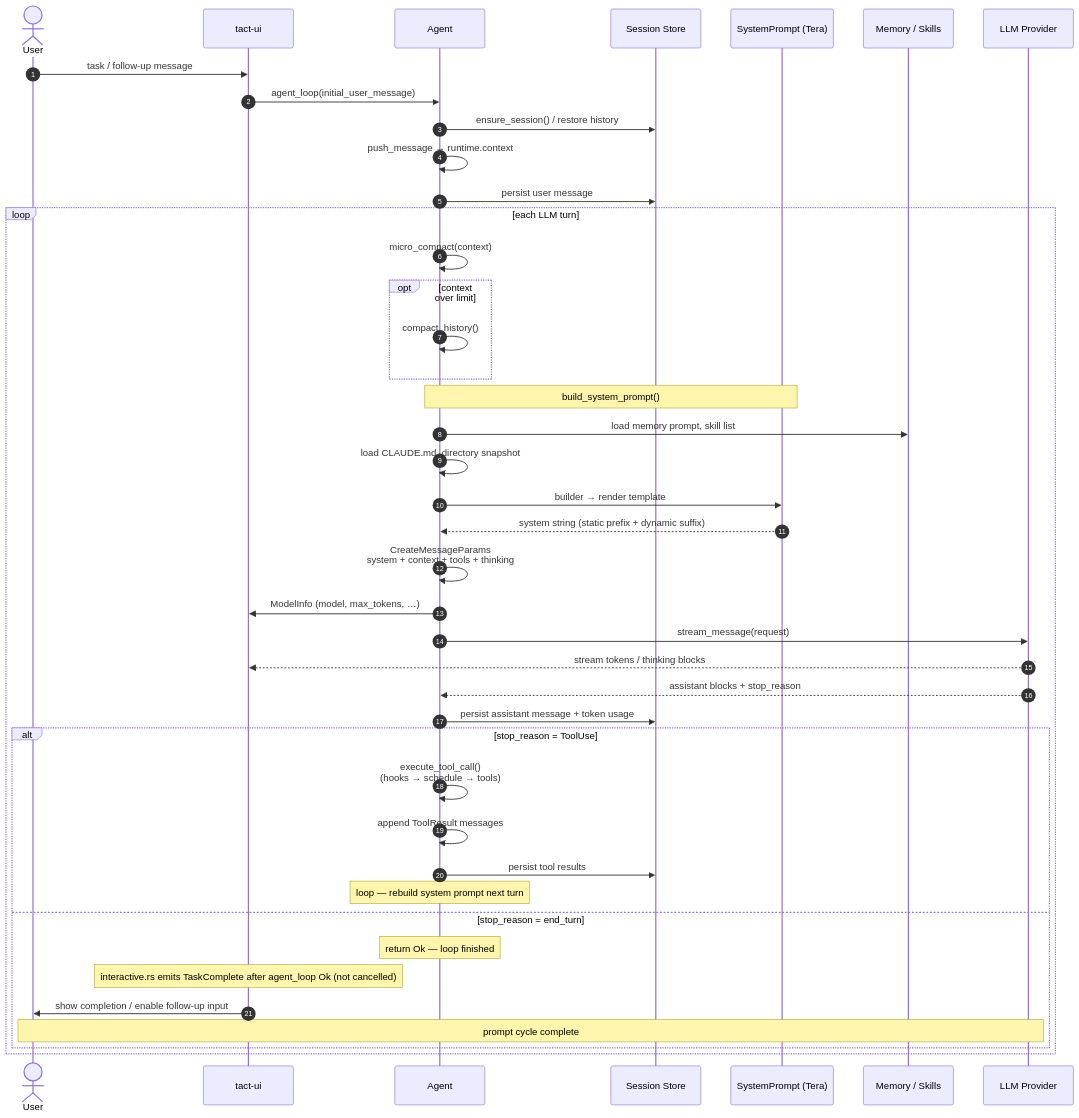
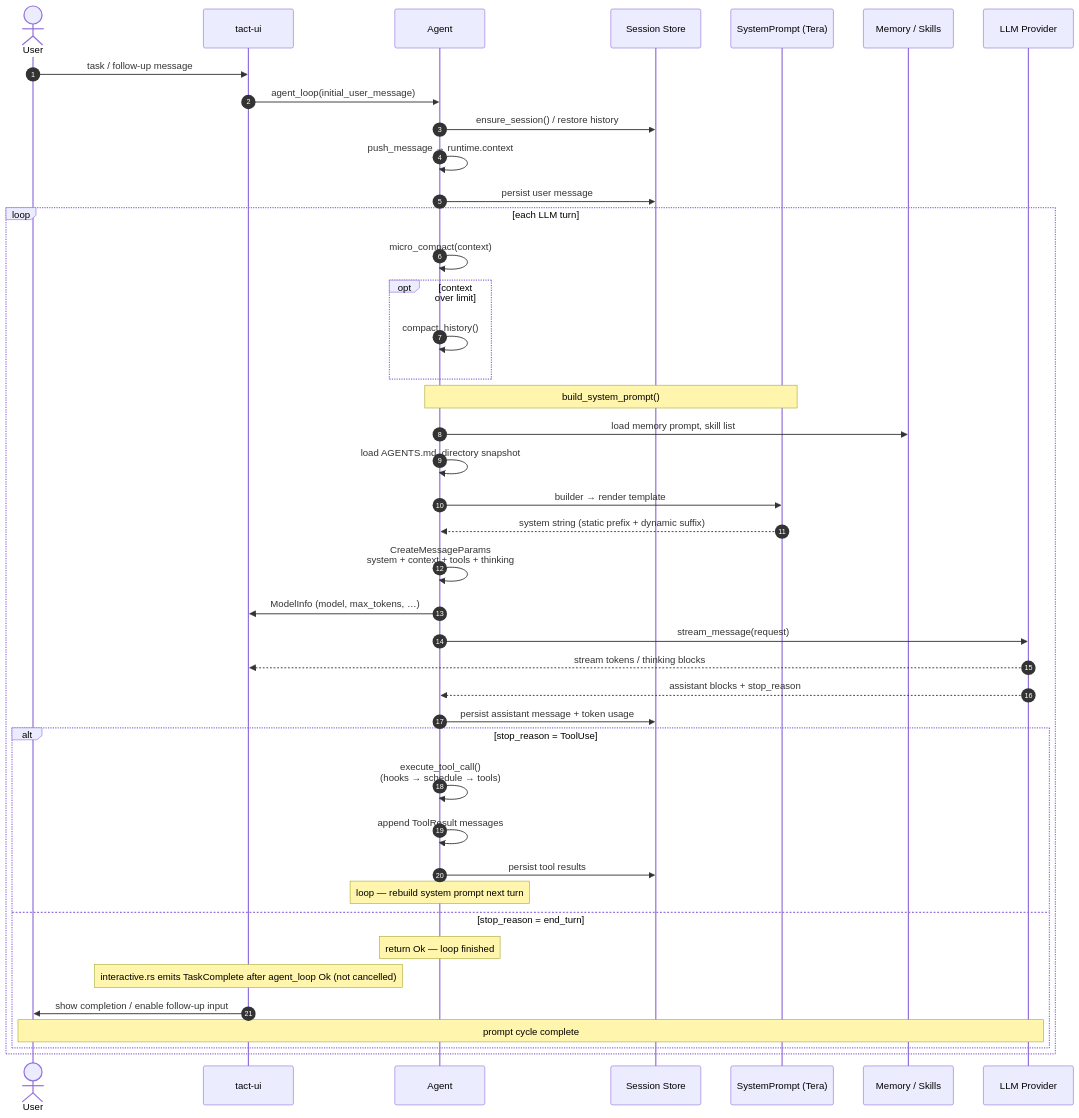
One commit to rust-infra/tact changed the second of 2 diagrams in book/index.md. Above: the diagram before and after it, drawn with Mermaid. The commit also changed other lines of this file and 161 other files, not shown here.

````diff
--- a/book/index.md
+++ b/book/index.md
@@ -65,52 +65,52 @@
 ```mermaid
 sequenceDiagram
     autonumber
     actor User
     participant TUI as tact-ui
     participant Agent as Agent
     participant Store as Session Store
     participant Prompt as SystemPrompt (Tera)
     participant Memory as Memory / Skills
     participant LLM as LLM Provider
 
     User->>TUI: task / follow-up message
     TUI->>Agent: agent_loop(initial_user_message)
 
     Agent->>Store: ensure_session() / restore history
     Agent->>Agent: push_message → runtime.context
     Agent->>Store: persist user message
 
     loop each LLM turn
         Agent->>Agent: micro_compact(context)
         opt context over limit
             Agent->>Agent: compact_history()
         end
 
         Note over Agent,Prompt: build_system_prompt()
         Agent->>Memory: load memory prompt, skill list
-        Agent->>Agent: load CLAUDE.md, directory snapshot
+        Agent->>Agent: load AGENTS.md, directory snapshot
         Agent->>Prompt: builder → render template
         Prompt-->>Agent: system string (static prefix + dynamic suffix)
 
         Agent->>Agent: CreateMessageParams<br/>system + context + tools + thinking
         Agent->>TUI: ModelInfo (model, max_tokens, …)
 
         Agent->>LLM: stream_message(request)
         LLM-->>TUI: stream tokens / thinking blocks
         LLM-->>Agent: assistant blocks + stop_reason
 
         Agent->>Store: persist assistant message + token usage
 
         alt stop_reason = ToolUse
             Agent->>Agent: execute_tool_call()<br/>(hooks → schedule → tools)
             Agent->>Agent: append ToolResult messages
             Agent->>Store: persist tool results
             Note over Agent: loop — rebuild system prompt next turn
         else stop_reason = end_turn
             Note over Agent: return Ok — loop finished
             Note over TUI: interactive.rs emits TaskComplete after agent_loop Ok (not cancelled)
             TUI->>User: show completion / enable follow-up input
             Note over User,LLM: prompt cycle complete
         end
     end
 ```
````
